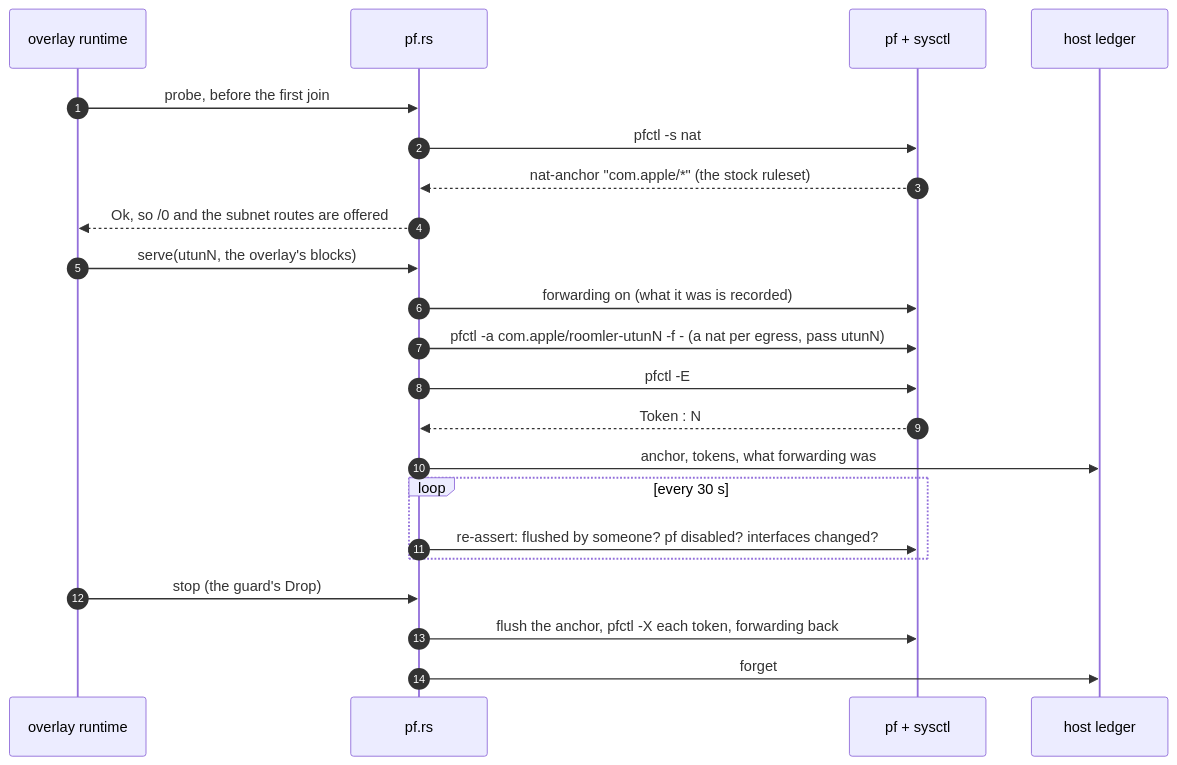
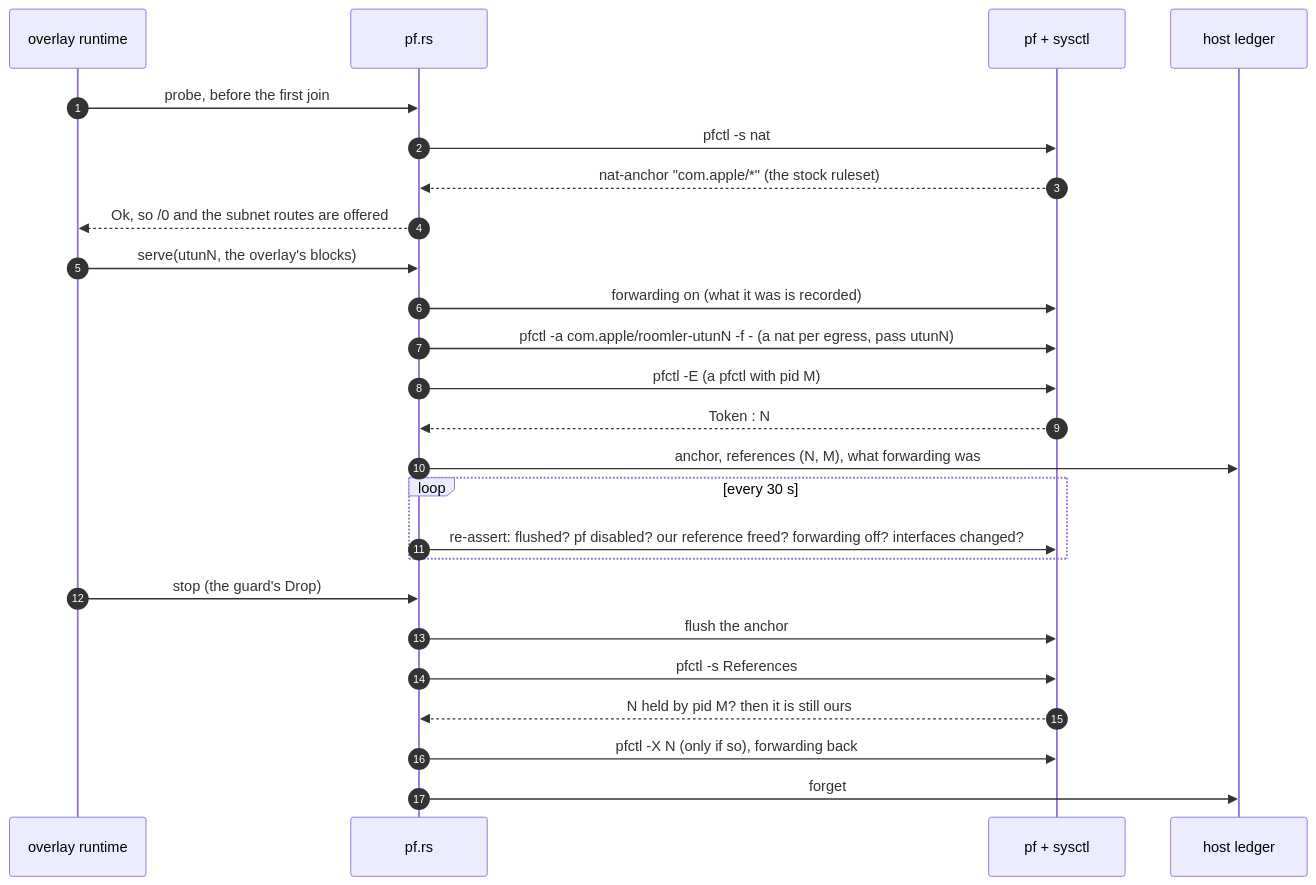
The seventh of 7 diagrams in docs/overlay-exit-nodes.md (gjovanov/roomler-ai), drawn with Mermaid before and after one commit. The commit also changed other lines of this file and 3 other files, not shown here.

First line of the commit message:
fix(fr-97): a Mac exit releases only its own pf reference, and keeps forwarding on beside Internet Sharing (#2377)

````diff
--- a/docs/overlay-exit-nodes.md
+++ b/docs/overlay-exit-nodes.md
@@ -470,24 +470,27 @@
 ```mermaid
 sequenceDiagram
     autonumber
     participant R as overlay runtime
     participant P as pf.rs
     participant K as pf + sysctl
     participant L as host ledger
     R->>P: probe, before the first join
     P->>K: pfctl -s nat
     K-->>P: nat-anchor "com.apple/*" (the stock ruleset)
     P-->>R: Ok, so /0 and the subnet routes are offered
     R->>P: serve(utunN, the overlay's blocks)
     P->>K: forwarding on (what it was is recorded)
     P->>K: pfctl -a com.apple/roomler-utunN -f - (a nat per egress, pass utunN)
-    P->>K: pfctl -E
+    P->>K: pfctl -E (a pfctl with pid M)
     K-->>P: Token : N
-    P->>L: anchor, tokens, what forwarding was
+    P->>L: anchor, references (N, M), what forwarding was
     loop every 30 s
-        P->>K: re-assert: flushed by someone? pf disabled? interfaces changed?
+        P->>K: re-assert: flushed? pf disabled? our reference freed? forwarding off? interfaces changed?
     end
     R->>P: stop (the guard's Drop)
-    P->>K: flush the anchor, pfctl -X each token, forwarding back
+    P->>K: flush the anchor
+    P->>K: pfctl -s References
+    K-->>P: N held by pid M? then it is still ours
+    P->>K: pfctl -X N (only if so), forwarding back
     P->>L: forget
 ```
````
